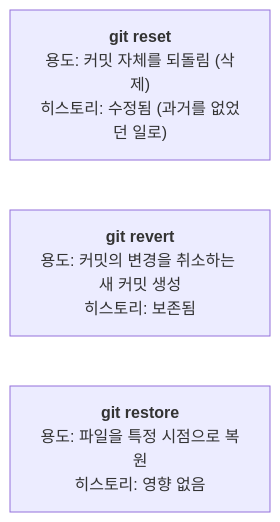
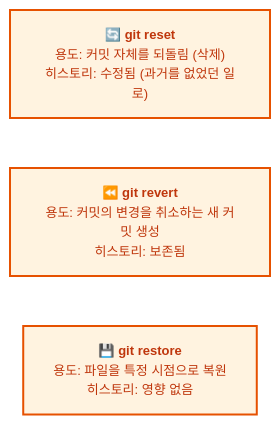
Before and after one commit to jingu279/Document: the first of 2 diagrams in git/08_FAQ.md, drawn with Mermaid. The commit also changed other lines of this file and 24 other files, not shown here.

First line of the commit message:
Git 문서 전체 Mermaid 다이어그램 스타일링 통일

````diff
--- a/git/08_FAQ.md
+++ b/git/08_FAQ.md
@@ -99,6 +99,13 @@
 ```mermaid
+%%{init: {'theme': 'base', 'themeVariables': {'fontSize': '13px'}}}%%
 flowchart LR
-  Reset["<b>git reset</b><br/>용도: 커밋 자체를 되돌림 (삭제)<br/>히스토리: 수정됨 (과거를 없었던 일로)"]
-  Revert["<b>git revert</b><br/>용도: 커밋의 변경을 취소하는 새 커밋 생성<br/>히스토리: 보존됨"]
-  Restore["<b>git restore</b><br/>용도: 파일을 특정 시점으로 복원<br/>히스토리: 영향 없음"]
+  Reset["🔄 <b>git reset</b><br/>용도: 커밋 자체를 되돌림 (삭제)<br/>히스토리: 수정됨 (과거를 없었던 일로)"]:::main
+  Revert["⏪ <b>git revert</b><br/>용도: 커밋의 변경을 취소하는 새 커밋 생성<br/>히스토리: 보존됨"]:::main
+  Restore["💾 <b>git restore</b><br/>용도: 파일을 특정 시점으로 복원<br/>히스토리: 영향 없음"]:::main
+
+classDef main fill:#fff3e0,stroke:#e65100,stroke-width:2px,color:#bf360c
+classDef sub fill:#e8f5e9,stroke:#2e7d32,stroke-width:2px,color:#1b5e20
+classDef proc fill:#e3f2fd,stroke:#1565c0,stroke-width:2px,color:#0d47a1
+classDef decision fill:#fff9c4,stroke:#f9a825,stroke-width:2px,color:#e65100
+classDef highlight fill:#f3e5f5,stroke:#6a1b9a,stroke-width:2px,color:#4a148c
 ```
````
